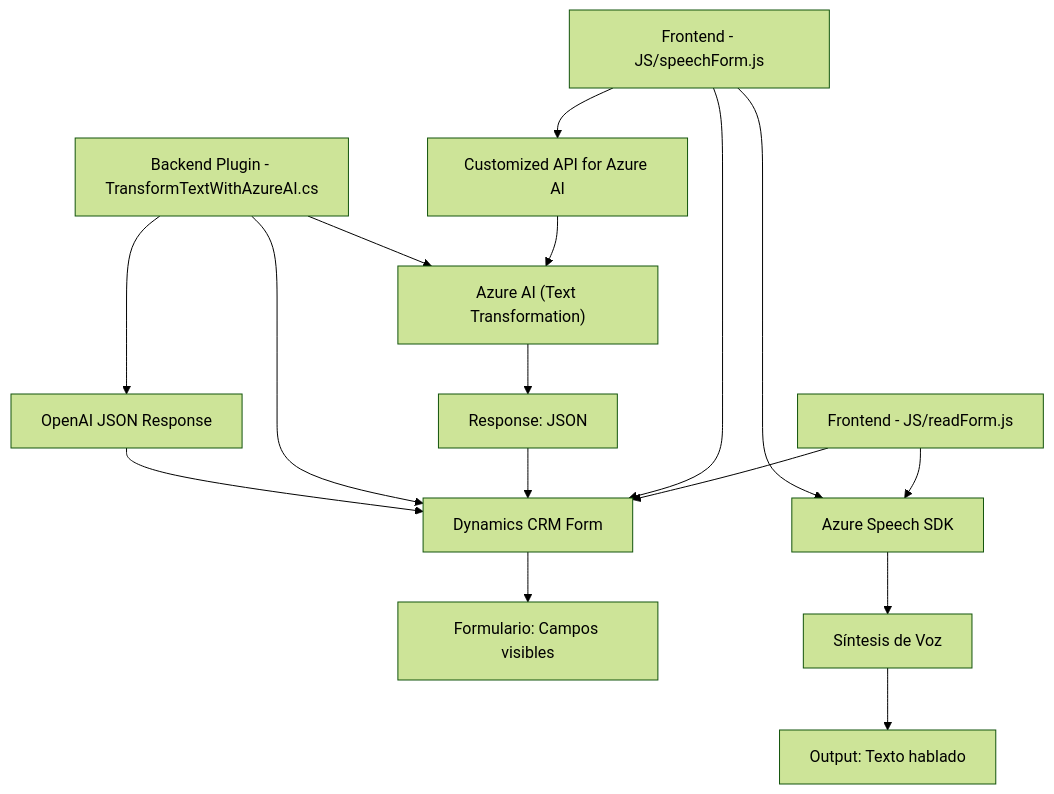
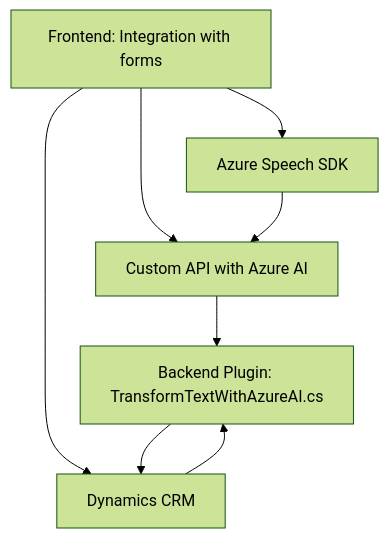
One commit to blopezdm/NETCORE_BILBAO2025 changed the diagram in README.md. Above: the diagram before and after it, drawn with Mermaid (forest theme). The commit also changed other lines of this file, not shown here.

````diff
--- a/README.md
+++ b/README.md
@@ -44,20 +33,16 @@
 ```mermaid
 graph TD
-    A["Frontend - JS/readForm.js"] --> B["Azure Speech SDK"]
-    A --> C["Dynamics CRM Form"]
-    C --> D["Formulario: Campos visibles"]
-    B --> E["Síntesis de Voz"]
-    E --> F["Output: Texto hablado"]
+A["Frontend: Integration with forms"]
+B["Azure Speech SDK"]
+C["Custom API with Azure AI"]
+D["Backend Plugin: TransformTextWithAzureAI.cs"]
+E["Dynamics CRM"]
 
-    G["Frontend - JS/speechForm.js"] --> B
-    G --> C
-    G --> H["Customized API for Azure AI"]
-    H --> I["Azure AI (Text Transformation)"]
-    I --> J["Response: JSON"]
-    J --> C
-
-    K["Backend Plugin - TransformTextWithAzureAI.cs"] --> I
-    K --> C
-    K --> L["OpenAI JSON Response"]
-    L --> C
+A --> B
+A --> C
+A --> E
+B --> C
+C --> D
+D --> E
+E --> D
 ```
````
